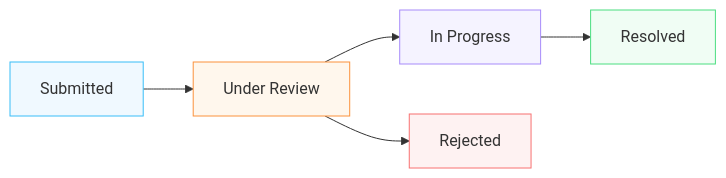
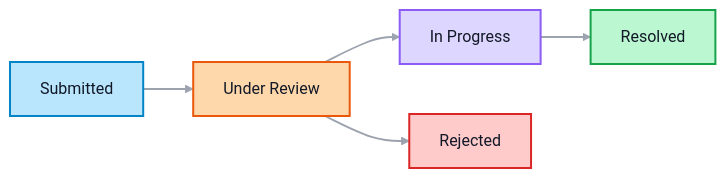
The fourth of 4 diagrams in README.md (tanmayskotadia/ResolveOne), drawn with Mermaid before and after one commit. The commit also changed other lines of this file, not shown here.

Commit message:
Updated Mermaid Diagrams

````diff
--- a/README.md
+++ b/README.md
@@ -222,20 +230,28 @@
 ```mermaid
+%%{init: {'theme': 'base', 'themeVariables': {'background': 'transparent', 'primaryTextColor': '#111827', 'lineColor': '#9CA3AF', 'fontFamily': 'Arial'}}}%%
 flowchart LR
-    A[Submitted] --> B[Under Review]
-    B --> C[In Progress]
-    C --> D[Resolved]
+    A[Submitted]
+    B[Under Review]
+    C[In Progress]
+    D[Resolved]
+    E[Rejected]
 
-    B --> E[Rejected]
+    A --> B
+    B --> C
+    C --> D
+    B --> E
 
-    classDef submitted stroke:#38bdf8,fill:#f0f9ff
-    classDef review stroke:#fb923c,fill:#fff7ed
-    classDef progress stroke:#a78bfa,fill:#f5f3ff
-    classDef resolved stroke:#4ade80,fill:#f0fdf4
-    classDef rejected stroke:#f87171,fill:#fef2f2
+    classDef submitted fill:#bae6fd,stroke:#0284c7,color:#111827,stroke-width:2px
+    classDef review fill:#fed7aa,stroke:#ea580c,color:#111827,stroke-width:2px
+    classDef progress fill:#ddd6fe,stroke:#8b5cf6,color:#111827,stroke-width:2px
+    classDef resolved fill:#bbf7d0,stroke:#16a34a,color:#111827,stroke-width:2px
+    classDef rejected fill:#fecaca,stroke:#dc2626,color:#111827,stroke-width:2px
 
     class A submitted
     class B review
     class C progress
     class D resolved
     class E rejected
+
+    linkStyle default stroke:#9CA3AF,stroke-width:1.8px
 ```
````
